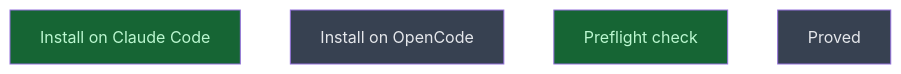
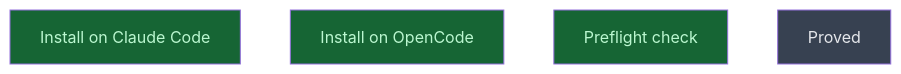
The diagram in __roadmap__/m6_5-agent-config/installed/README.md (CrackingShells/Candler), drawn with Mermaid before and after one commit. The commit also changed other lines of this file and 1 other file, not shown here.

Commit message:
rdm(api): mark the M6.5 OpenCode install done

````diff
--- a/__roadmap__/m6_5-agent-config/installed/README.md
+++ b/__roadmap__/m6_5-agent-config/installed/README.md
@@ -17,12 +17,12 @@
 ```mermaid
 graph TD
     install_claude_code[Install on Claude Code]:::done
-    install_opencode[Install on OpenCode]:::planned
+    install_opencode[Install on OpenCode]:::done
     preflight_check[Preflight check]:::done
     proved[Proved]:::planned
     classDef done       fill:#166534,color:#bbf7d0
     classDef inprogress fill:#854d0e,color:#fef08a
     classDef planned    fill:#374151,color:#e5e7eb
     classDef amendment  fill:#1e3a5f,color:#bfdbfe
     classDef blocked    fill:#7f1d1d,color:#fecaca
 ```
````
